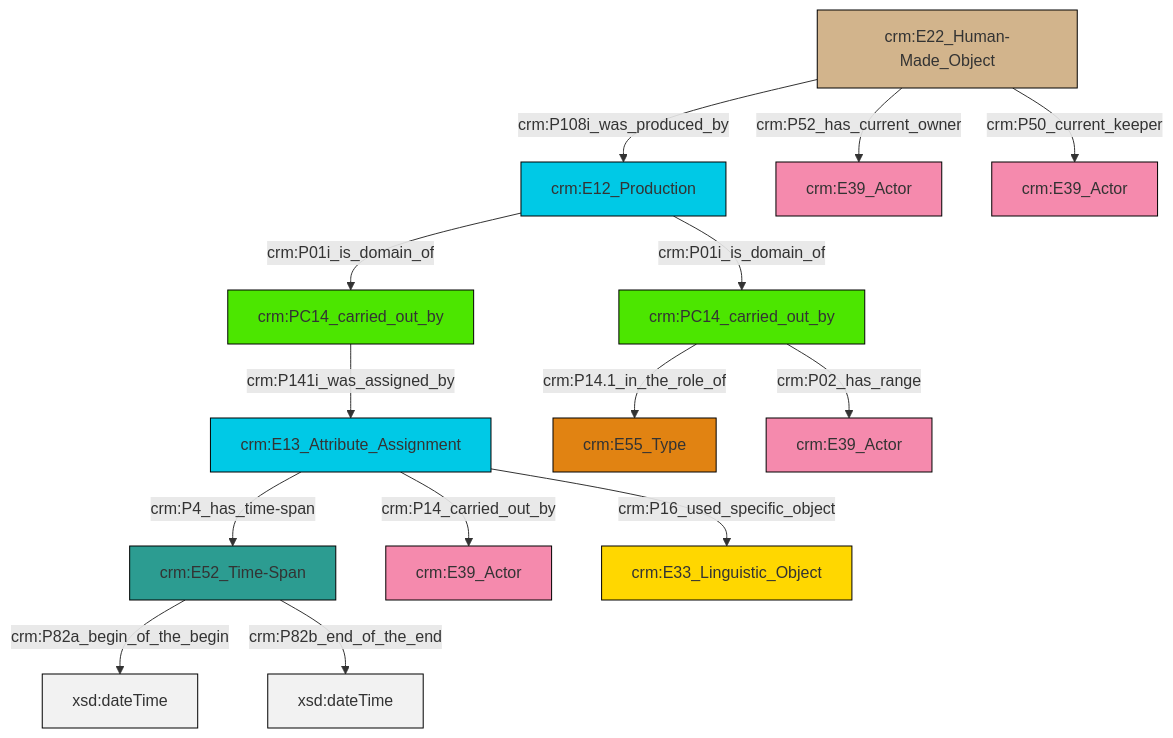
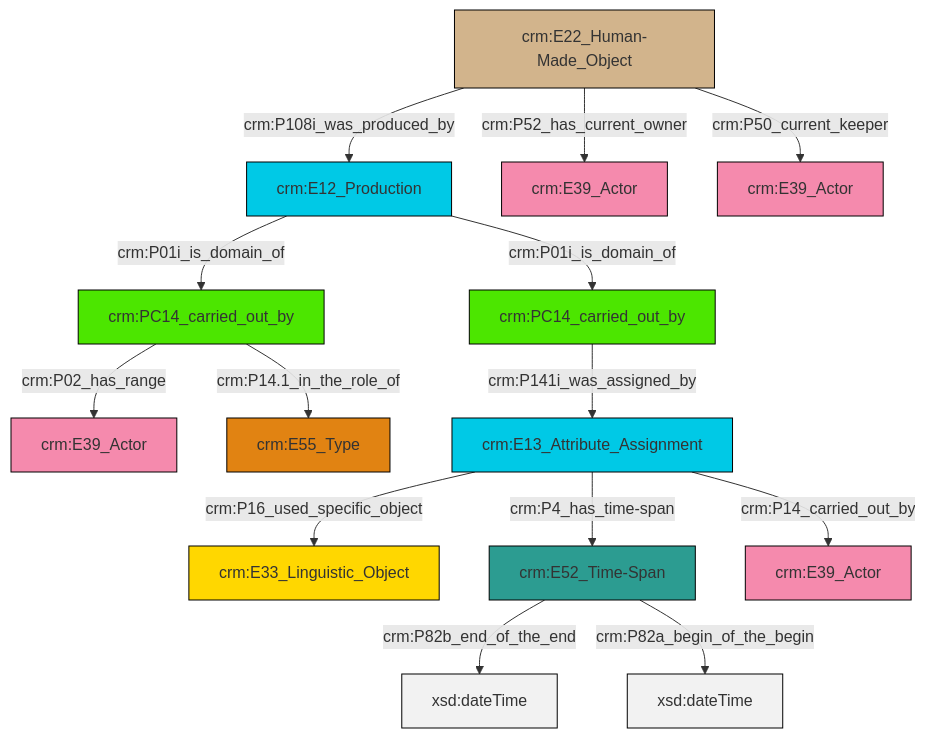
Before and after one commit to swiss-art-research-net/docs.swissartresearch: the diagram in et/carrierCSV/ttl/mmd/carrier_relations.ttl.mmd, drawn with Mermaid. The commit also changed 180 other files, not shown here.

```diff
--- a/et/carrierCSV/ttl/mmd/carrier_relations.ttl.mmd
+++ b/et/carrierCSV/ttl/mmd/carrier_relations.ttl.mmd
@@ -1,28 +1,28 @@
 graph TD
 classDef Literal fill:#f2f2f2,stroke:#000000;
 classDef CRM_Entity fill:#FFFFFF,stroke:#000000;
 classDef Temporal_Entity fill:#00C9E6, stroke:#000000;
 classDef Type fill:#E18312, stroke:#000000;
 classDef Time-Span fill:#2C9C91, stroke:#000000;
 classDef Appellation fill:#FFEB7F, stroke:#000000;
 classDef Place fill:#008836, stroke:#000000;
 classDef Persistent_Item fill:#B266B2, stroke:#000000;
 classDef Conceptual_Object fill:#FFD700, stroke:#000000;
 classDef Physical_Thing fill:#D2B48C, stroke:#000000;
 classDef Actor fill:#f58aad, stroke:#000000;
 classDef PC_Classes fill:#4ce600, stroke:#000000;
 classDef Multi fill:#cccccc,stroke:#000000;
 
-2["crm:E13_Attribute_Assignment"]:::Temporal_Entity -->|crm:P4_has_time-span| 3["crm:E52_Time-Span"]:::Time-Span
-3["crm:E52_Time-Span"]:::Time-Span -->|crm:P82a_begin_of_the_begin| 9[xsd:dateTime]:::Literal
-5["crm:E22_Human-Made_Object"]:::Physical_Thing -->|crm:P108i_was_produced_by| 11["crm:E12_Production"]:::Temporal_Entity
-11["crm:E12_Production"]:::Temporal_Entity -->|crm:P01i_is_domain_of| 16["crm:PC14_carried_out_by"]:::PC_Classes
-3["crm:E52_Time-Span"]:::Time-Span -->|crm:P82b_end_of_the_end| 19[xsd:dateTime]:::Literal
-2["crm:E13_Attribute_Assignment"]:::Temporal_Entity -->|crm:P16_used_specific_object| 20["crm:E33_Linguistic_Object"]:::Conceptual_Object
-2["crm:E13_Attribute_Assignment"]:::Temporal_Entity -->|crm:P14_carried_out_by| 7["crm:E39_Actor"]:::Actor
-0["crm:PC14_carried_out_by"]:::PC_Classes -->|crm:P14.1_in_the_role_of| 12["crm:E55_Type"]:::Type
-0["crm:PC14_carried_out_by"]:::PC_Classes -->|crm:P02_has_range| 22["crm:E39_Actor"]:::Actor
-5["crm:E22_Human-Made_Object"]:::Physical_Thing -->|crm:P50_current_keeper| 17["crm:E39_Actor"]:::Actor
-11["crm:E12_Production"]:::Temporal_Entity -->|crm:P01i_is_domain_of| 0["crm:PC14_carried_out_by"]:::PC_Classes
-16["crm:PC14_carried_out_by"]:::PC_Classes -->|crm:P141i_was_assigned_by| 2["crm:E13_Attribute_Assignment"]:::Temporal_Entity
-5["crm:E22_Human-Made_Object"]:::Physical_Thing -->|crm:P52_has_current_owner| 14["crm:E39_Actor"]:::Actor
+2["crm:E52_Time-Span"]:::Time-Span -->|crm:P82b_end_of_the_end| 3[xsd:dateTime]:::Literal
+6["crm:E12_Production"]:::Temporal_Entity -->|crm:P01i_is_domain_of| 7["crm:PC14_carried_out_by"]:::PC_Classes
+7["crm:PC14_carried_out_by"]:::PC_Classes -->|crm:P02_has_range| 11["crm:E39_Actor"]:::Actor
+2["crm:E52_Time-Span"]:::Time-Span -->|crm:P82a_begin_of_the_begin| 16[xsd:dateTime]:::Literal
+17["crm:E13_Attribute_Assignment"]:::Temporal_Entity -->|crm:P16_used_specific_object| 0["crm:E33_Linguistic_Object"]:::Conceptual_Object
+9["crm:E22_Human-Made_Object"]:::Physical_Thing -->|crm:P108i_was_produced_by| 6["crm:E12_Production"]:::Temporal_Entity
+17["crm:E13_Attribute_Assignment"]:::Temporal_Entity -->|crm:P4_has_time-span| 2["crm:E52_Time-Span"]:::Time-Span
+6["crm:E12_Production"]:::Temporal_Entity -->|crm:P01i_is_domain_of| 18["crm:PC14_carried_out_by"]:::PC_Classes
+9["crm:E22_Human-Made_Object"]:::Physical_Thing -->|crm:P52_has_current_owner| 12["crm:E39_Actor"]:::Actor
+17["crm:E13_Attribute_Assignment"]:::Temporal_Entity -->|crm:P14_carried_out_by| 4["crm:E39_Actor"]:::Actor
+18["crm:PC14_carried_out_by"]:::PC_Classes -->|crm:P141i_was_assigned_by| 17["crm:E13_Attribute_Assignment"]:::Temporal_Entity
+7["crm:PC14_carried_out_by"]:::PC_Classes -->|crm:P14.1_in_the_role_of| 21["crm:E55_Type"]:::Type
+9["crm:E22_Human-Made_Object"]:::Physical_Thing -->|crm:P50_current_keeper| 14["crm:E39_Actor"]:::Actor
```
